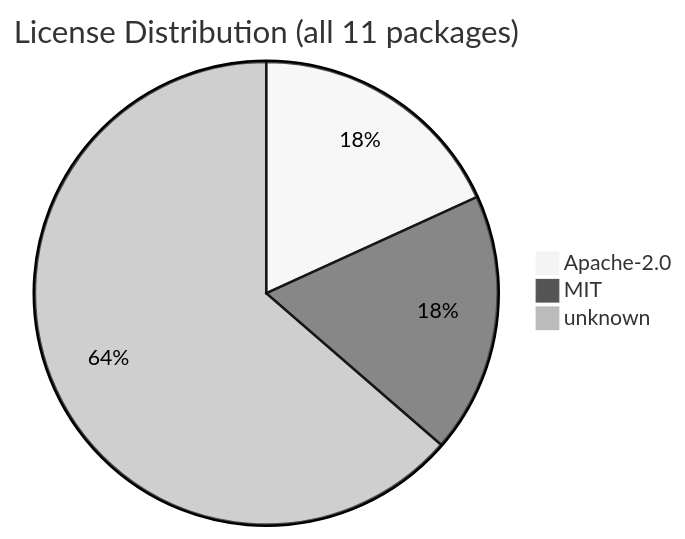
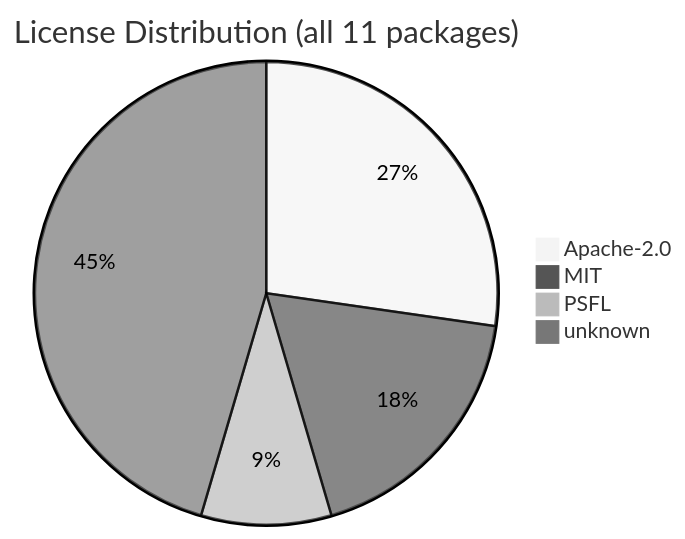
The diagram in .shipwright/compliance/sbom.md (svenroth-ai/shipwright), drawn with Mermaid (neutral theme) before and after one commit. The commit also changed other lines of this file and 30 other files, not shown here.

````diff
--- a/.shipwright/compliance/sbom.md
+++ b/.shipwright/compliance/sbom.md
@@ -18,6 +18,7 @@
 ```mermaid
 pie title License Distribution (all 11 packages)
-    "Apache-2.0" : 2
+    "Apache-2.0" : 3
     "MIT" : 2
-    "unknown" : 7
+    "PSFL" : 1
+    "unknown" : 5
 ```
````
